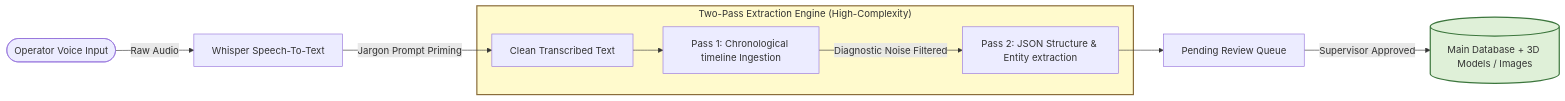
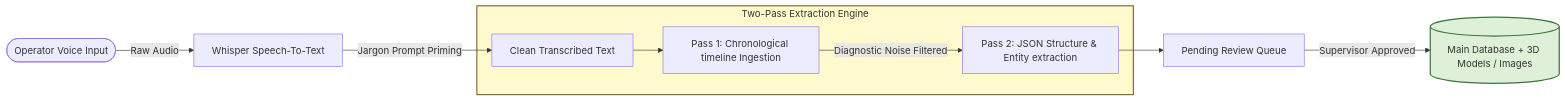
The second of 6 diagrams in README.md (MatteoDM04/DP_presentation), drawn with Mermaid before and after one commit.

````diff
--- a/README.md
+++ b/README.md
@@ -103,16 +103,16 @@
 ```mermaid
 flowchart LR
     A([Operator Voice Input]) -->|Raw Audio| B[Whisper Speech-To-Text]
     B -->|Jargon Prompt Priming| C[Clean Transcribed Text]
     
-    subgraph Two_Pass["Two-Pass Extraction Engine (High-Complexity)"]
+    subgraph Two_Pass["Two-Pass Extraction Engine"]
         C --> D[Pass 1: Chronological timeline Ingestion]
         D -->|Diagnostic Noise Filtered| E[Pass 2: JSON Structure & Entity extraction]
     end
     
     E --> F[Pending Review Queue]
     F -->|Supervisor Approved| G[(Main Database + 3D Models / Images)]
     
     style Two_Pass fill:#fffacd,stroke:#8a6d3b,stroke-width:2px
     style G fill:#dff0d8,stroke:#3c763d,stroke-width:2px
 ```
````
